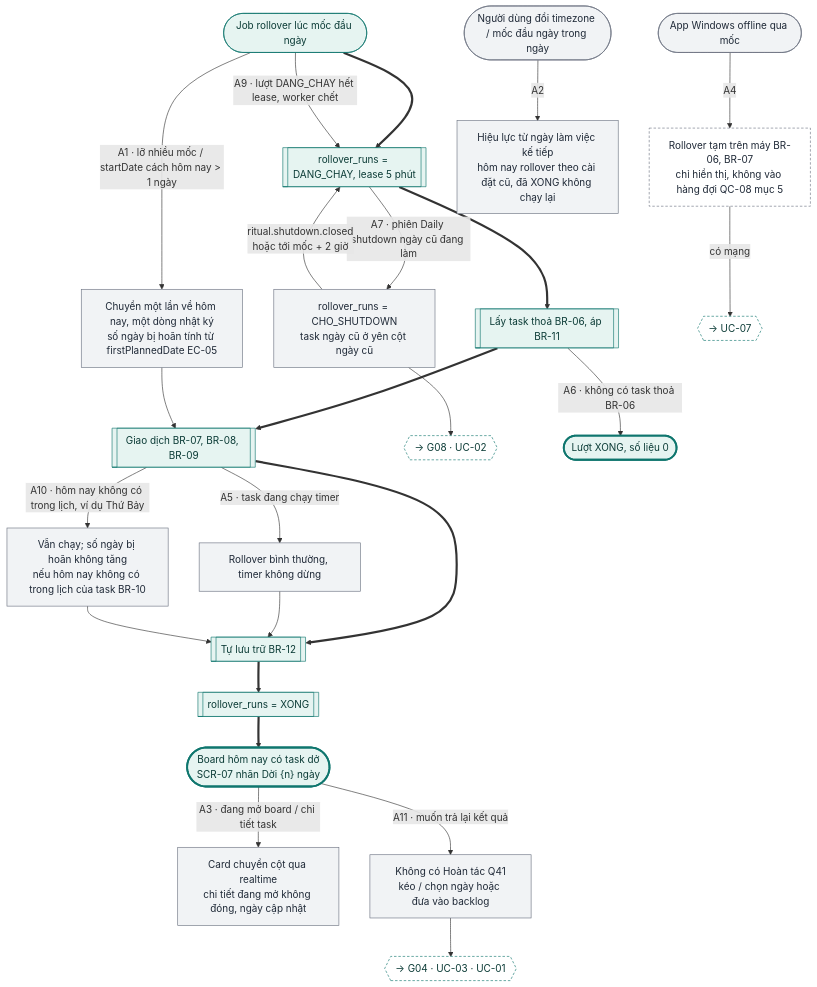
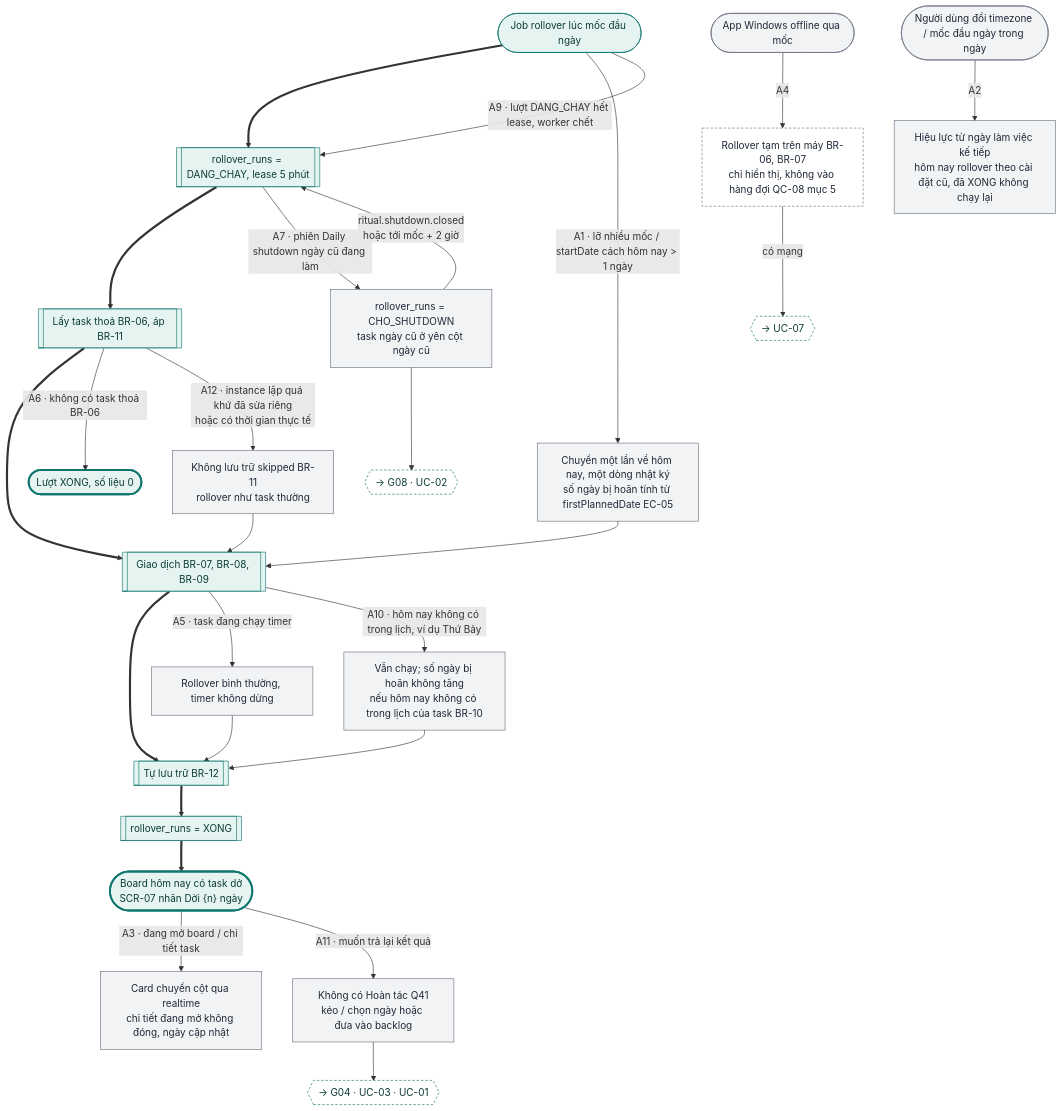
One commit to tannguyenho/personal-app changed the tenth of 18 diagrams in docs/design-brief/flow/g06-backlog-rollover.md. Above: the diagram before and after it, drawn with Mermaid. The commit also changed other lines of this file and 5 other files, not shown here.

First line of the commit message:
docs(G03, G06): áp quyết định PO 09/11 vào SRS, PRD, flow

````diff
--- a/docs/design-brief/flow/g06-backlog-rollover.md
+++ b/docs/design-brief/flow/g06-backlog-rollover.md
@@ -394,44 +400,46 @@
 ```mermaid
 flowchart TD
   start(["Job rollover lúc mốc đầu ngày"])
   p2[["rollover_runs = DANG_CHAY, lease 5 phút"]]
   p3[["Lấy task thoả BR-06, áp BR-11"]]
   p4[["Giao dịch BR-07, BR-08, BR-09"]]
   p5[["Tự lưu trữ BR-12"]]
   p6[["rollover_runs = XONG"]]
   ok(["Board hôm nay có task dở<br/>SCR-07 nhãn Dời {n} ngày"])
   start ==> p2 ==> p3 ==> p4 ==> p5 ==> p6 ==> ok
 
   start -->|"A1 · lỡ nhiều mốc / startDate cách hôm nay > 1 ngày"| a1["Chuyển một lần về hôm nay, một dòng nhật ký<br/>số ngày bị hoãn tính từ firstPlannedDate EC-05"]
   a1 --> p4
   start -->|"A9 · lượt DANG_CHAY hết lease, worker chết"| p2
   p2 -->|"A7 · phiên Daily shutdown ngày cũ đang làm"| a7["rollover_runs = CHO_SHUTDOWN<br/>task ngày cũ ở yên cột ngày cũ"]
   a7 -->|"ritual.shutdown.closed<br/>hoặc tới mốc + 2 giờ"| p2
   a7 --> a7x{{"→ G08 · UC-02"}}
   p3 -->|"A6 · không có task thoả BR-06"| a6(["Lượt XONG, số liệu 0"])
+  p3 -->|"A12 · instance lặp quá khứ đã sửa riêng<br/>hoặc có thời gian thực tế"| a12["Không lưu trữ skipped BR-11<br/>rollover như task thường"]
+  a12 --> p4
   p4 -->|"A5 · task đang chạy timer"| a5["Rollover bình thường, timer không dừng"]
   p4 -->|"A10 · hôm nay không có trong lịch, ví dụ Thứ Bảy"| a10["Vẫn chạy; số ngày bị hoãn không tăng<br/>nếu hôm nay không có trong lịch của task BR-10"]
   a5 --> p5
   a10 --> p5
   ok -->|"A3 · đang mở board / chi tiết task"| a3["Card chuyển cột qua realtime<br/>chi tiết đang mở không đóng, ngày cập nhật"]
   ok -->|"A11 · muốn trả lại kết quả"| a11["Không có Hoàn tác Q41<br/>kéo / chọn ngày hoặc đưa vào backlog"]
   a11 --> a11x{{"→ G04 · UC-03 · UC-01"}}
   a4s(["App Windows offline qua mốc"]) -->|"A4"| a4["Rollover tạm trên máy BR-06, BR-07<br/>chỉ hiển thị, không vào hàng đợi QC-08 mục 5"]
   a4 -->|"có mạng"| a4x{{"→ UC-07"}}
   a2s(["Người dùng đổi timezone / mốc đầu ngày trong ngày"]) -->|"A2"| a2["Hiệu lực từ ngày làm việc kế tiếp<br/>hôm nay rollover theo cài đặt cũ, đã XONG không chạy lại"]
 
   class start,p2,p3,p4,p5,p6 happy
-  class a1,a7,a5,a10,a3,a11,a4s,a2s,a2 alt
+  class a1,a7,a5,a10,a3,a11,a4s,a2s,a2,a12 alt
   class a4 sync
   class a7x,a11x,a4x link
   class ok,a6 done
   classDef happy fill:#E6F4F1,stroke:#0F766E,color:#0B3B36
   classDef alt fill:#F1F3F5,stroke:#6B7280,color:#1F2937
   classDef err fill:#FDECEC,stroke:#B42318,color:#5C1010
   classDef warn fill:#FEF4E2,stroke:#B45309,color:#4A2604
   classDef ai fill:#F1ECFD,stroke:#6D28D9,color:#2E1065
   classDef sync fill:#FFFFFF,stroke:#6B7280,stroke-dasharray:4 3,color:#1F2937
   classDef link fill:#FFFFFF,stroke:#0F766E,stroke-dasharray:4 3,color:#0B3B36
   classDef done fill:#E6F4F1,stroke:#0F766E,stroke-width:3px,color:#0B3B36
   classDef fail fill:#FDECEC,stroke:#B42318,stroke-width:3px,color:#5C1010
 ```
````
